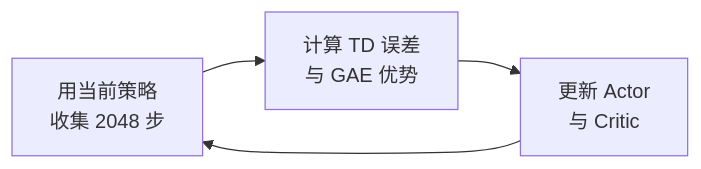
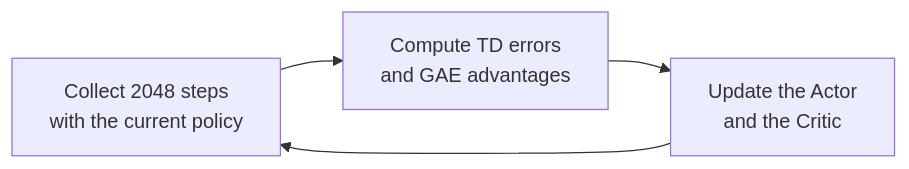
One commit to saisandeshk/hands-on-modern-rl-en changed the second of 2 diagrams in docs/chapter01_cartpole/metrics.md. Above: the diagram before and after it, drawn with Mermaid. The commit also changed other lines of this file and 909 other files, not shown here.

````diff
--- a/docs/chapter01_cartpole/metrics.md
+++ b/docs/chapter01_cartpole/metrics.md
@@ -231,6 +232,6 @@
 ```mermaid
 flowchart LR
-    A["用当前策略<br/>收集 2048 步"] --> B["计算 TD 误差<br/>与 GAE 优势"]
-    B --> C["更新 Actor<br/>与 Critic"]
+    A["Collect 2048 steps<br/>with the current policy"] --> B["Compute TD errors<br/>and GAE advantages"]
+    B --> C["Update the Actor<br/>and the Critic"]
     C --> A
 ```
````
